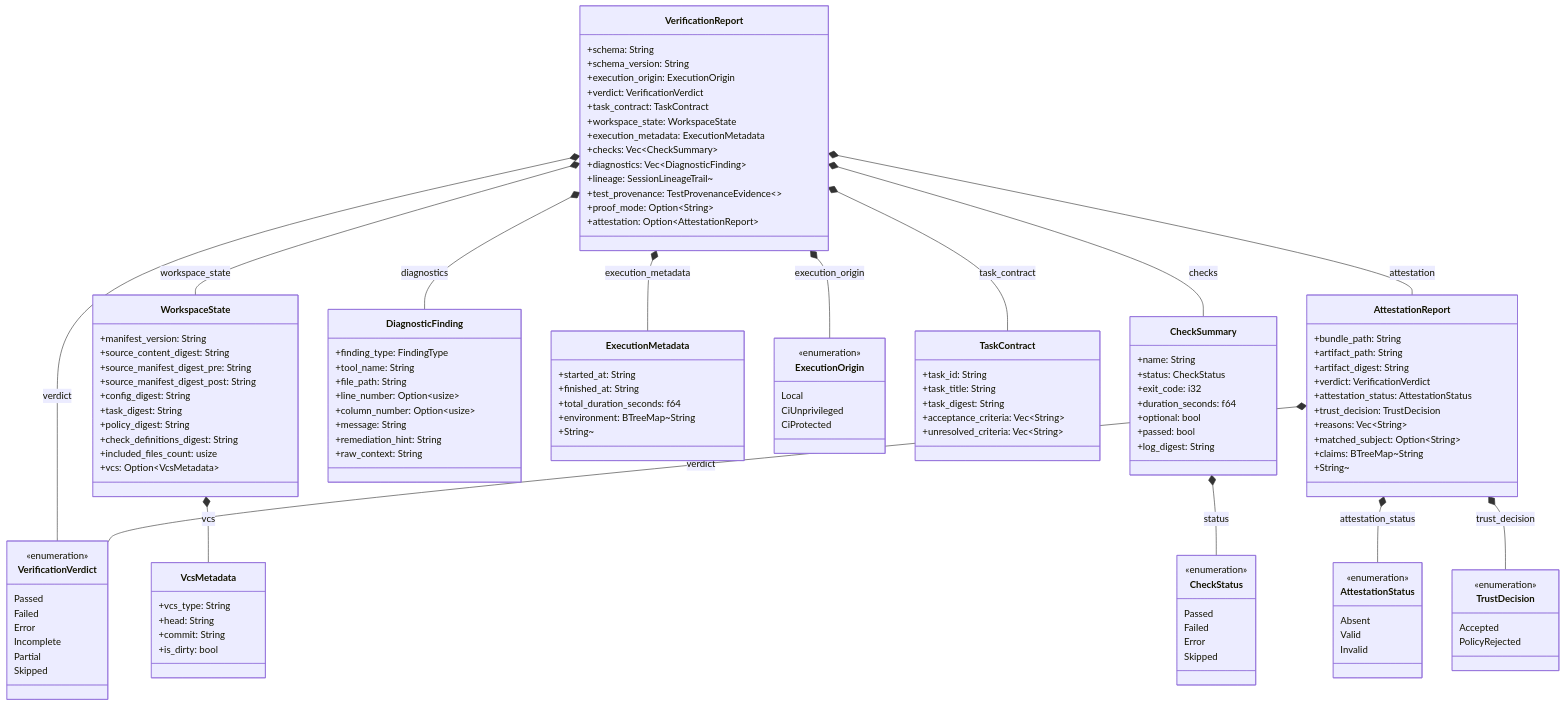
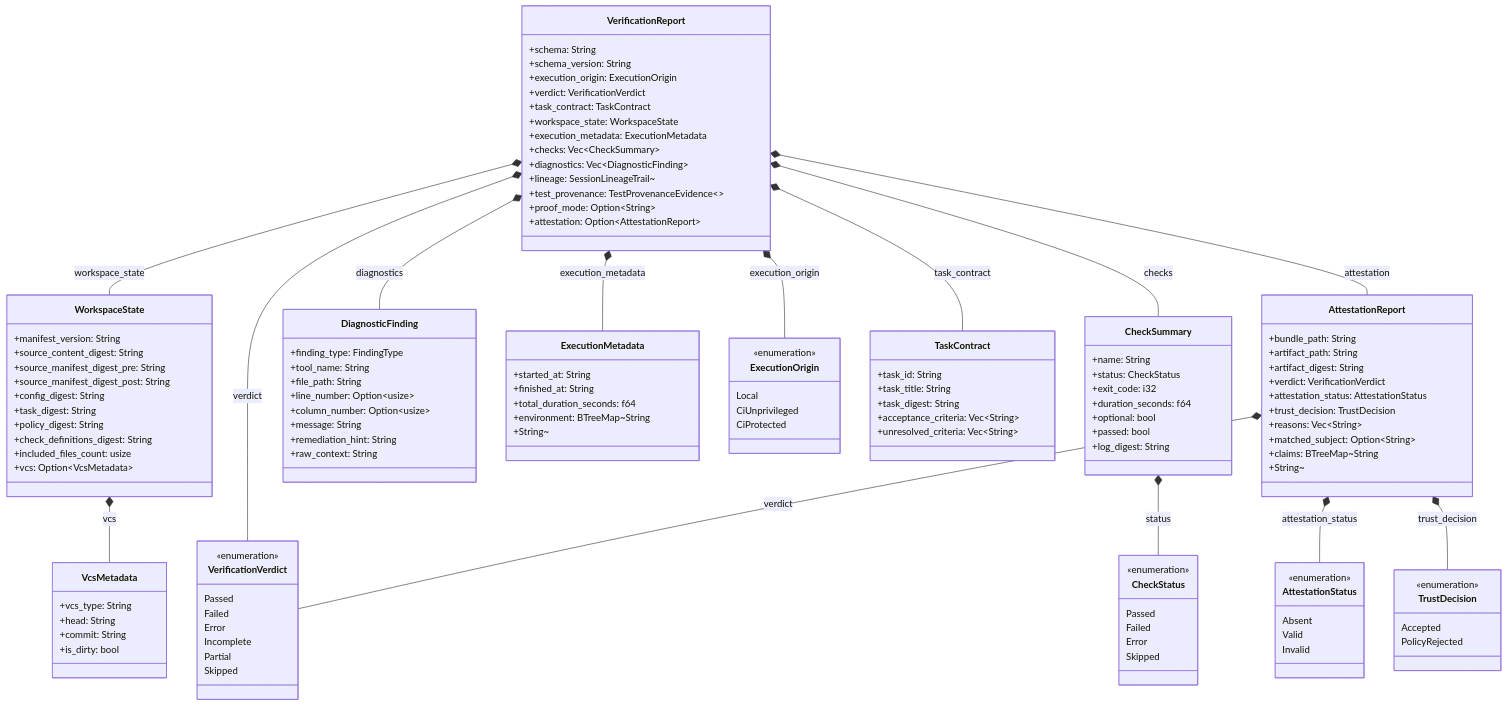
One commit to rolfmadsen/xgauntlet changed the diagram in docs/architecture/evidence.md. Above: the diagram before and after it, drawn with Mermaid. The commit also changed other lines of this file and 16 other files, not shown here.

````diff
--- a/docs/architecture/evidence.md
+++ b/docs/architecture/evidence.md
@@ -136,6 +136,11 @@
         +vcs: Option~VcsMetadata~
     }
 
+    CheckSummary *-- CheckStatus : status
+    WorkspaceState *-- VcsMetadata : vcs
+    AttestationReport *-- VerificationVerdict : verdict
+    AttestationReport *-- AttestationStatus : attestation_status
+    AttestationReport *-- TrustDecision : trust_decision
     VerificationReport *-- ExecutionOrigin : execution_origin
     VerificationReport *-- VerificationVerdict : verdict
     VerificationReport *-- TaskContract : task_contract
@@ -144,9 +149,4 @@
     VerificationReport *-- CheckSummary : checks
     VerificationReport *-- DiagnosticFinding : diagnostics
     VerificationReport *-- AttestationReport : attestation
-    WorkspaceState *-- VcsMetadata : vcs
-    AttestationReport *-- VerificationVerdict : verdict
-    AttestationReport *-- AttestationStatus : attestation_status
-    AttestationReport *-- TrustDecision : trust_decision
-    CheckSummary *-- CheckStatus : status
 ```
````
